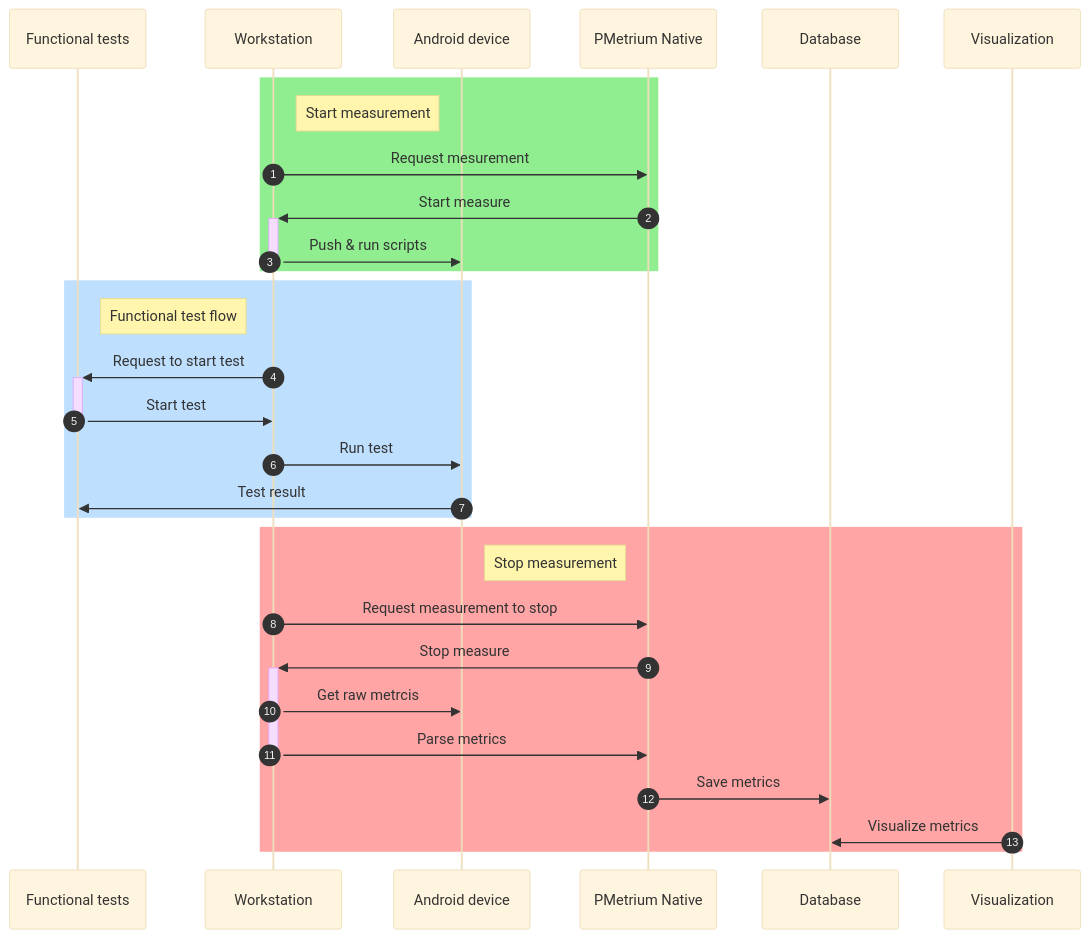
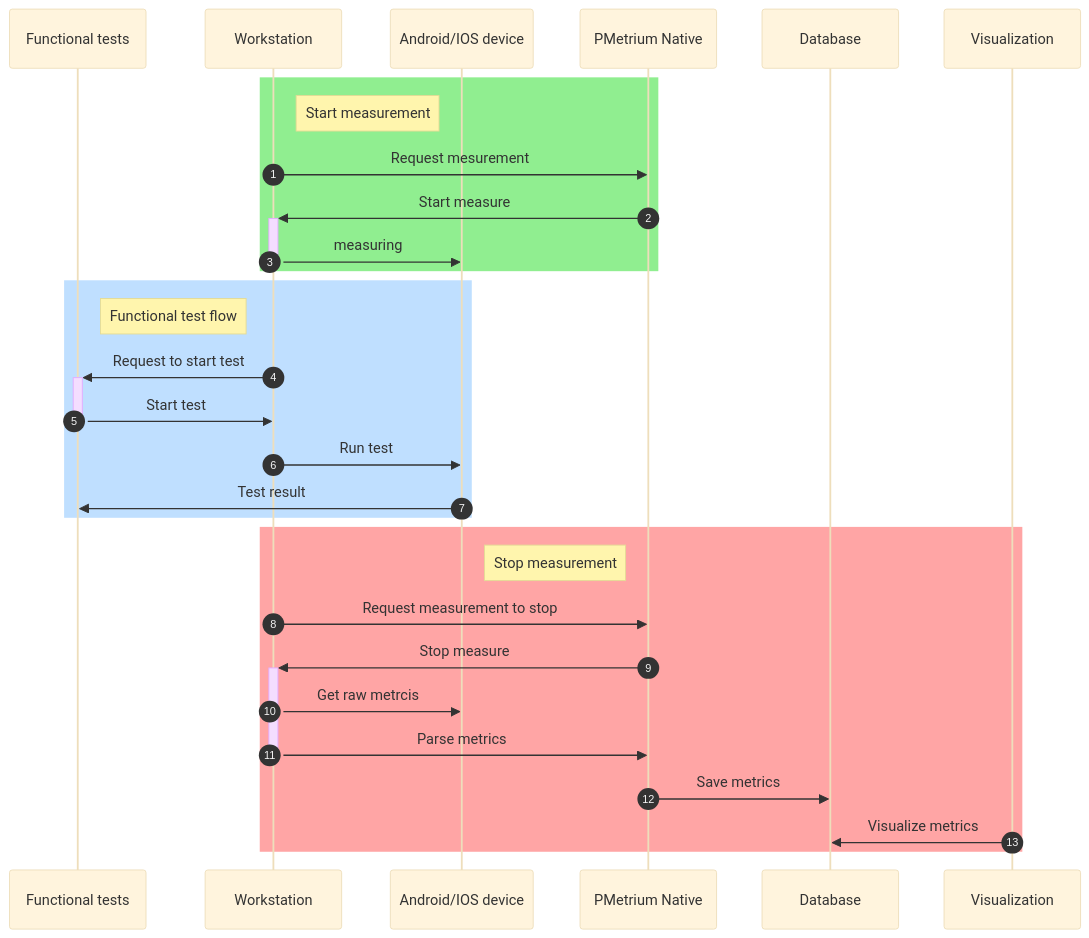
One commit to gr8-toolkit/PMetriumNative changed the second of 2 diagrams in docs/docs/tools/pmetrium-native/architecture/02-process/process-diagram.md. Above: the diagram before and after it, drawn with Mermaid (base theme). The commit also changed other lines of this file and 31 other files, not shown here.

````diff
--- a/docs/docs/tools/pmetrium-native/architecture/02-process/process-diagram.md
+++ b/docs/docs/tools/pmetrium-native/architecture/02-process/process-diagram.md
@@ -28,39 +28,39 @@
 ```mermaid
 sequenceDiagram
     autonumber
     participant Functional tests
     participant Workstation
-    participant Android device
+    participant Android/IOS device
 
     rect rgb(144,238,144)
-    note left of Android device: Start measurement
+    note left of Android/IOS device: Start measurement
 
     Workstation ->> PMetrium Native : Request mesurement
     PMetrium Native ->>+ Workstation : Start measure
-    Workstation ->>- Android device : Push & run scripts
+    Workstation ->>- Android/IOS device : measuring
 
     end
 
     rect rgb(191, 223, 255)
     note right of Functional tests: Functional test flow
 
     Workstation ->>+ Functional tests : Request to start test
     Functional tests ->>- Workstation : Start test
-    Workstation ->> Android device : Run test
-    Android device ->> Functional tests : Test result
+    Workstation ->> Android/IOS device : Run test
+    Android/IOS device ->> Functional tests : Test result
 
     end
 
     rect rgb(255,165,165)
     note left of PMetrium Native: Stop measurement
 
     Workstation ->> PMetrium Native : Request measurement to stop
     PMetrium Native ->>+ Workstation : Stop measure
-    Workstation ->> Android device : Get raw metrcis  
+    Workstation ->> Android/IOS device : Get raw metrcis  
     Workstation ->>- PMetrium Native : Parse metrics   
     PMetrium Native ->> Database : Save metrics
     Visualization ->> Database : Visualize metrics
 
 
     end
 ```
````
